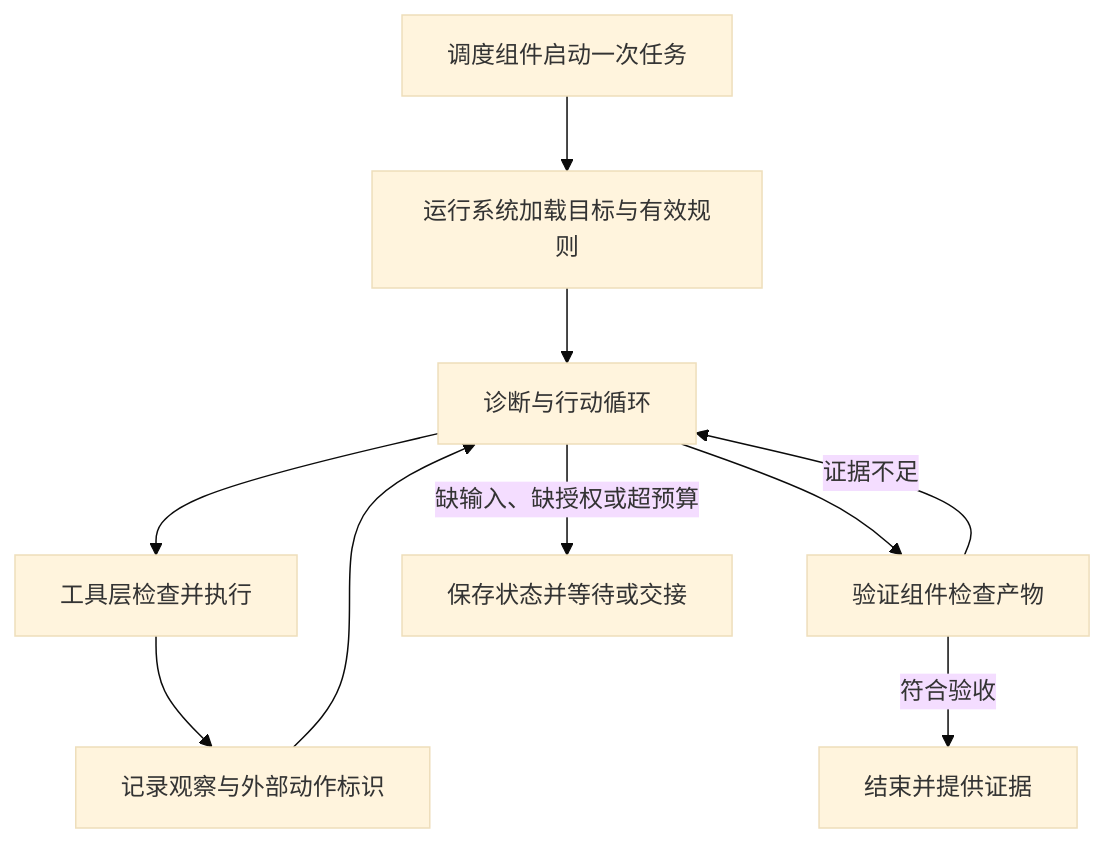
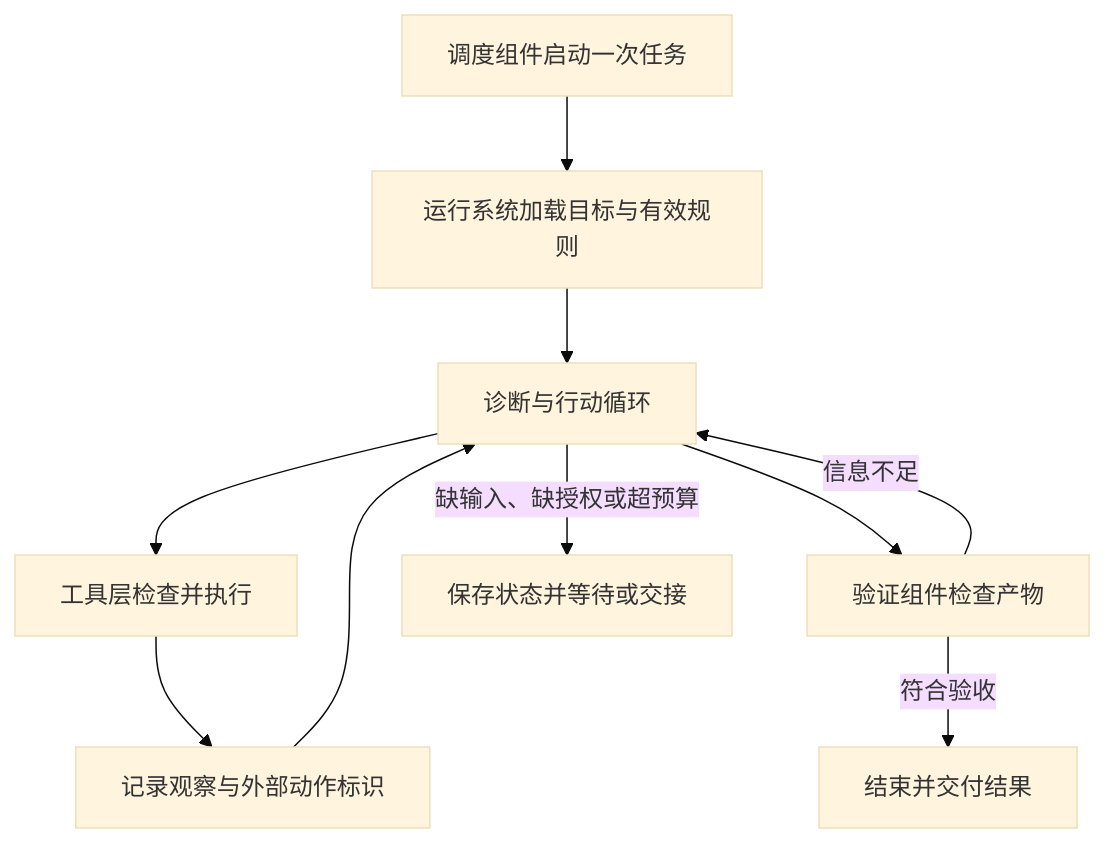
One commit to Mar-garet/agent-book changed the diagram in book/11-design-and-experiments.md. Above: the diagram before and after it, drawn with Mermaid (base theme). The commit also changed other lines of this file and 60 other files, not shown here.

````diff
--- a/book/11-design-and-experiments.md
+++ b/book/11-design-and-experiments.md
@@ -23,12 +23,12 @@
 ```mermaid
 flowchart TD
     T[调度组件启动一次任务] --> R[运行系统加载目标与有效规则]
     R --> D[诊断与行动循环]
     D --> P[工具层检查并执行]
     P --> O[记录观察与外部动作标识]
     O --> D
     D --> V[验证组件检查产物]
-    V -->|符合验收| F[结束并提供证据]
-    V -->|证据不足| D
+    V -->|符合验收| F[结束并交付结果]
+    V -->|信息不足| D
     D -->|缺输入、缺授权或超预算| W[保存状态并等待或交接]
 ```
````
